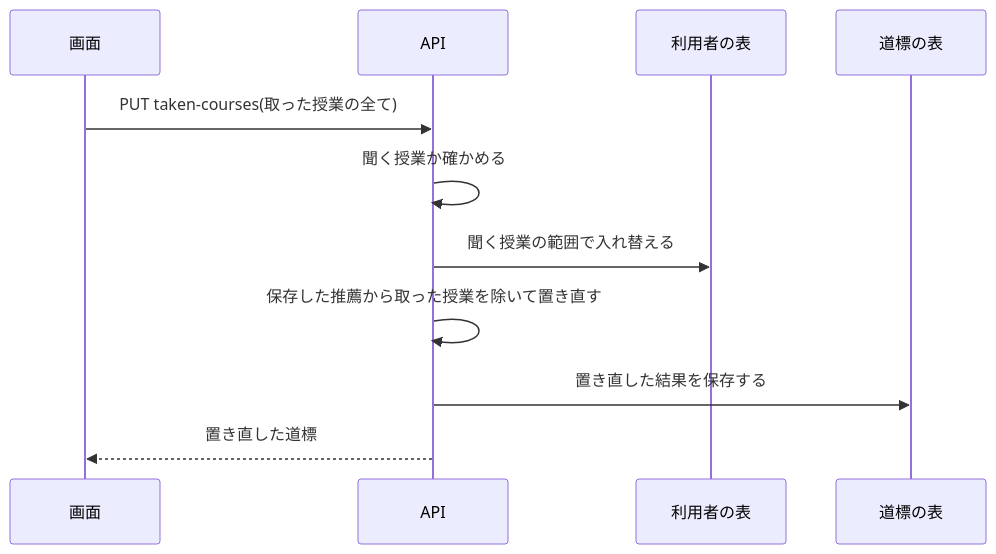
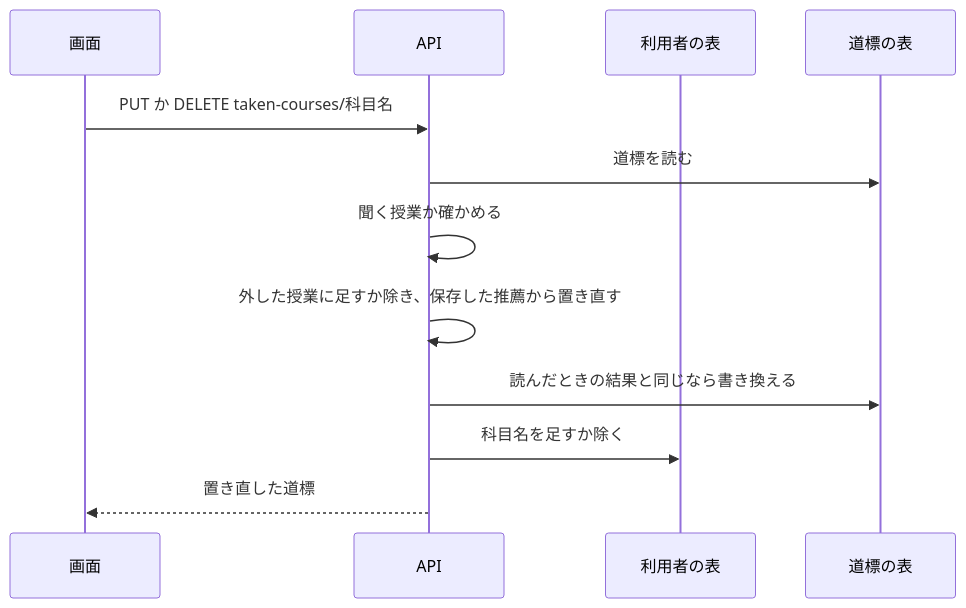
Before and after one commit to h11roki/Shirube: the diagram in docs/adr/0034-taken-courses.md, drawn with Mermaid. The commit also changed other lines of this file and 1 other file, not shown here.

Commit message:
docs: ADR 0034 と CLAUDE.md を授業ごとの PUT と DELETE、409 の場合に合わせる
レビューで API を授業ごとの付け外しに変え、読んだときの結果と比べて書き換えるようにしたので、ADR 0034 の決定、流れ図、理由、受け入れたトレードオフと、CLAUDE.md の API の説明を合わせた。

````diff
--- a/docs/adr/0034-taken-courses.md
+++ b/docs/adr/0034-taken-courses.md
@@ -63,13 +63,14 @@
 ```mermaid
 sequenceDiagram
   participant 画面
   participant API
   participant 利用者の表
   participant 道標の表
-  画面->>API: PUT taken-courses(取った授業の全て)
+  画面->>API: PUT か DELETE taken-courses/科目名
+  API->>道標の表: 道標を読む
   API->>API: 聞く授業か確かめる
-  API->>利用者の表: 聞く授業の範囲で入れ替える
-  API->>API: 保存した推薦から取った授業を除いて置き直す
-  API->>道標の表: 置き直した結果を保存する
+  API->>API: 外した授業に足すか除き、保存した推薦から置き直す
+  API->>道標の表: 読んだときの結果と同じなら書き換える
+  API->>利用者の表: 科目名を足すか除く
   API-->>画面: 置き直した道標
 ```
````
